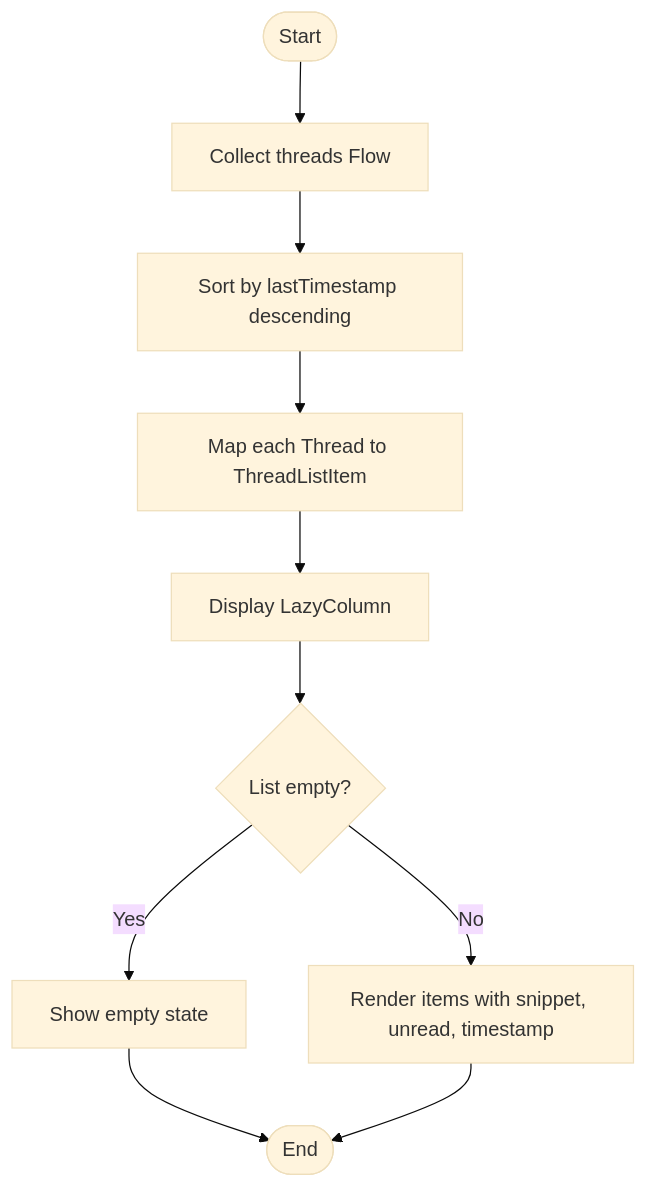
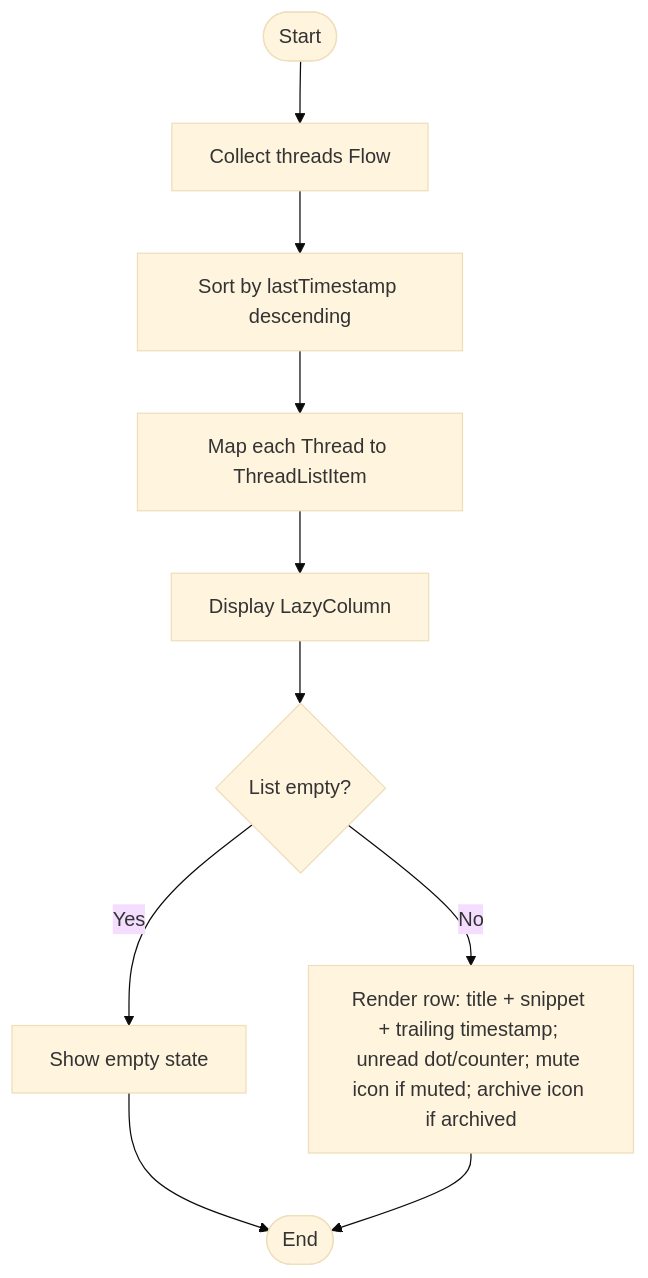
Before and after one commit to sean-light-dev/light-imessage: diagram 11 of 16 in docs/initiatives/v1/codespec/milestone-6.md, drawn with Mermaid (base theme). The commit also changed other lines of this file, not shown here.

````diff
--- a/docs/initiatives/v1/codespec/milestone-6.md
+++ b/docs/initiatives/v1/codespec/milestone-6.md
@@ -595,12 +604,12 @@
 ```mermaid
 flowchart TD
     Start([Start]) --> Load[Collect threads Flow]
     Load --> Sort[Sort by lastTimestamp descending]
     Sort --> Map[Map each Thread to ThreadListItem]
     Map --> Display[Display LazyColumn]
     Display --> EmptyCheck{List empty?}
     EmptyCheck -->|Yes| ShowEmpty[Show empty state]
-    EmptyCheck -->|No| RenderItems[Render items with snippet, unread, timestamp]
+    EmptyCheck -->|No| RenderItems[Render row: title + snippet + trailing timestamp; unread dot/counter; mute icon if muted; archive icon if archived]
     ShowEmpty --> End([End])
     RenderItems --> End
 ```
````
